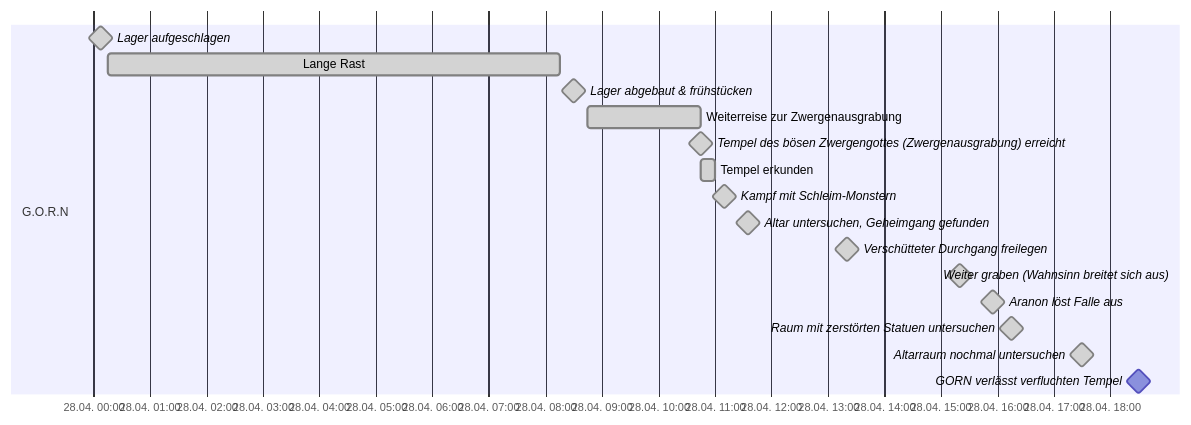
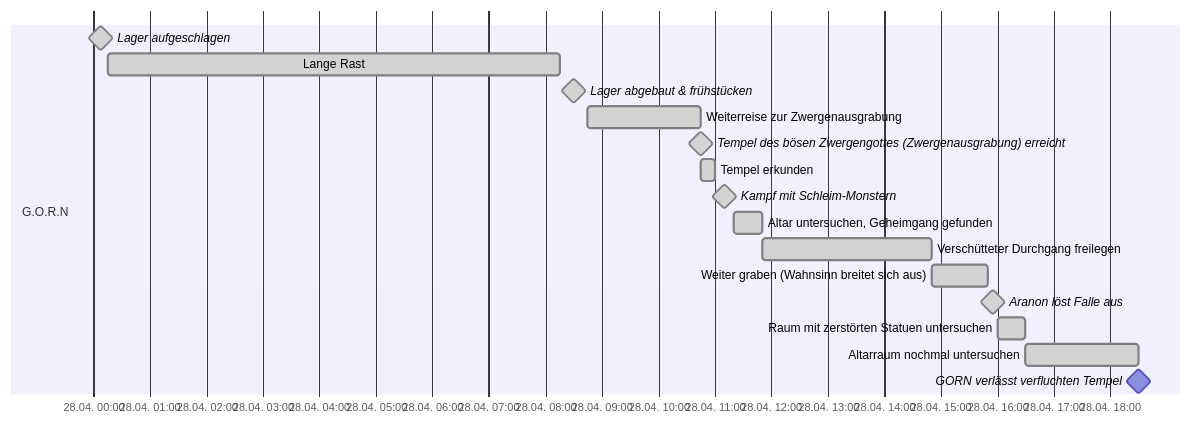
The fifth of 13 diagrams in Kampagne/Timeline Kampagne 2.md (LorenJaffrey/DnD_PFT), drawn with Mermaid before and after one commit.

Commit message:
timeline

````diff
--- a/Kampagne/Timeline Kampagne 2.md
+++ b/Kampagne/Timeline Kampagne 2.md
@@ -72,22 +72,22 @@
 ```mermaid
 gantt
 	dateFormat HH:mm
 	axisFormat %e.%m. %H:%M
 	tickinterval 1hour
 	weekday sunday
 	section G.O.R.N
 		Lager aufgeschlagen: done, milestone, a1, 2024-04-28 00:00, 15m
 		Lange Rast: done, a2, after a1, 8h
 		Lager abgebaut & frühstücken: done, milestone, a3, after a2, 30m
 		Weiterreise zur Zwergenausgrabung: done, a4, after a3, 2h
 		Tempel des bösen Zwergengottes (Zwergenausgrabung) erreicht: done, milestone, a5, after a4, 0m
 		Tempel erkunden: done, a6, after a5, 15m
 		Kampf mit Schleim-Monstern: done, milestone, a7, after a6, 20m
-		Altar untersuchen, Geheimgang gefunden: done, milestone, a8, after a7, 30m
-		Verschütteter Durchgang freilegen: done, milestone, a9, after a8, 3h
-		Weiter graben (Wahnsinn breitet sich aus): done, milestone, a10, after a9, 1h
+		Altar untersuchen, Geheimgang gefunden: done, a8, after a7, 30m
+		Verschütteter Durchgang freilegen: done, a9, after a8, 3h
+		Weiter graben (Wahnsinn breitet sich aus): done, a10, after a9, 1h
 		Aranon löst Falle aus: done, milestone, a11, after a10, 10m
-		Raum mit zerstörten Statuen untersuchen: done, milestone, a12, after a11, 30m
-		Altarraum nochmal untersuchen: done, milestone, a13, after a12, 2h
+		Raum mit zerstörten Statuen untersuchen: done, a12, after a11, 30m
+		Altarraum nochmal untersuchen: done, a13, after a12, 2h
 		GORN verlässt verfluchten Tempel: milestone, a14, after a13, 0m
 ```
````
